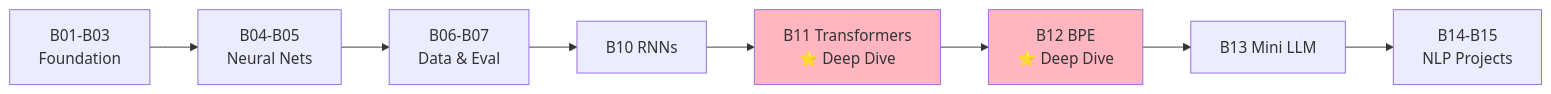
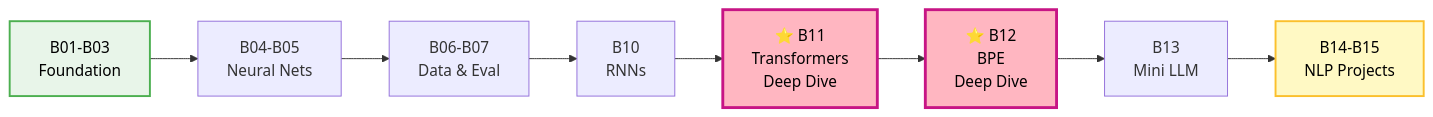
The second of 10 diagrams in Basic/README.md (nexageapps/AI), drawn with Mermaid before and after one commit. The commit also changed other lines of this file, not shown here.

````diff
--- a/Basic/README.md
+++ b/Basic/README.md
@@ -197,13 +200,15 @@
 ```mermaid
 graph LR
-    A[B01-B03<br/>Foundation] --> B[B04-B05<br/>Neural Nets]
-    B --> C[B06-B07<br/>Data & Eval]
-    C --> D[B10 RNNs]
-    D --> E[B11 Transformers<br/>⭐ Deep Dive]
-    E --> F[B12 BPE<br/>⭐ Deep Dive]
-    F --> G[B13 Mini LLM]
-    G --> H[B14-B15<br/>NLP Projects]
+    A["B01-B03<br/>Foundation"] --> B["B04-B05<br/>Neural Nets"]
+    B --> C["B06-B07<br/>Data & Eval"]
+    C --> D["B10<br/>RNNs"]
+    D --> E["⭐ B11<br/>Transformers<br/>Deep Dive"]
+    E --> F["⭐ B12<br/>BPE<br/>Deep Dive"]
+    F --> G["B13<br/>Mini LLM"]
+    G --> H["B14-B15<br/>NLP Projects"]
     
-    style E fill:#FFB6C1
-    style F fill:#FFB6C1
+    style E fill:#FFB6C1,stroke:#c71585,stroke-width:3px,color:#000
+    style F fill:#FFB6C1,stroke:#c71585,stroke-width:3px,color:#000
+    style A fill:#e8f5e9,stroke:#4caf50,stroke-width:2px,color:#000
+    style H fill:#fff9c4,stroke:#fbc02d,stroke-width:2px,color:#000
 ```
````
